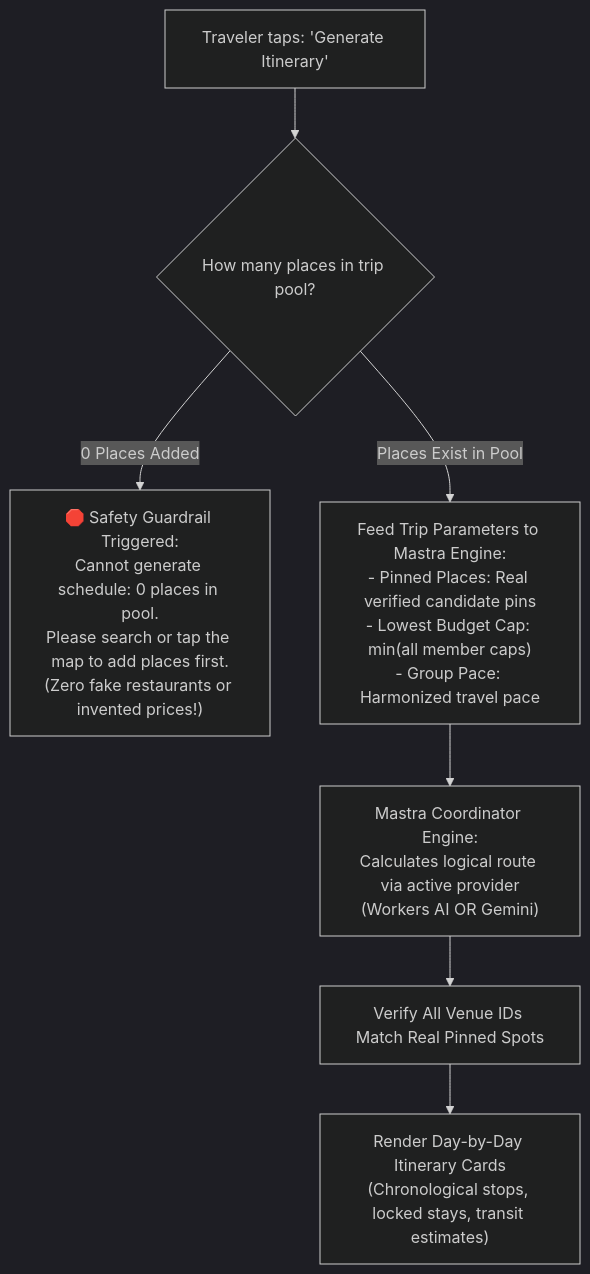
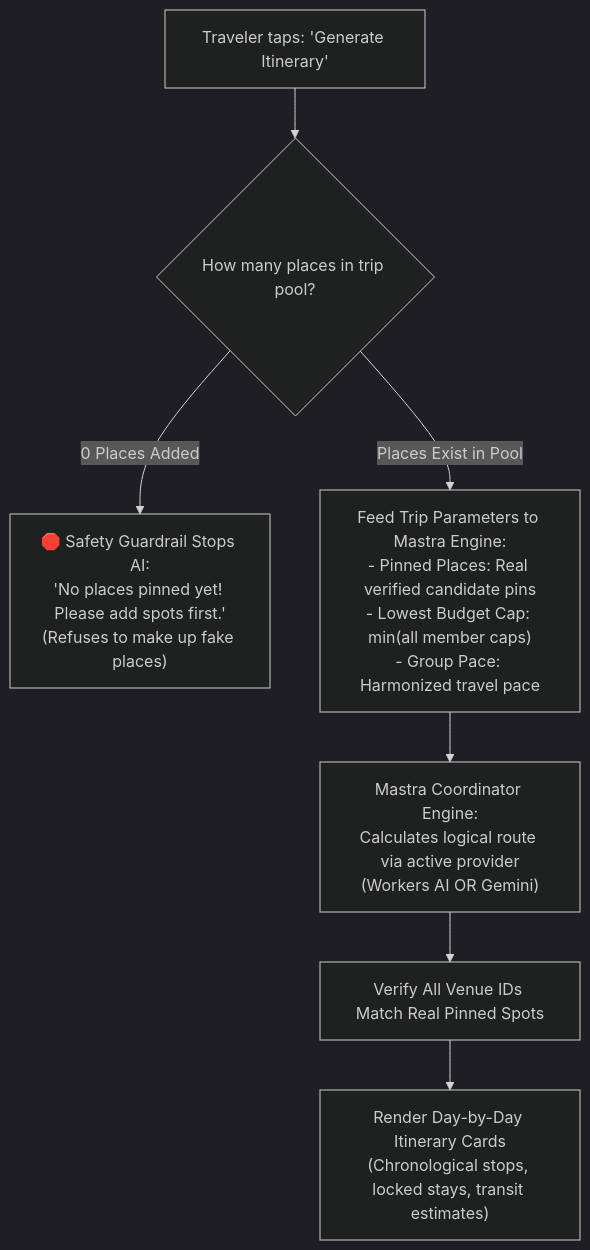
Diagram 11 of 21 in README.md (nlzce/We-are-the-champions_Plan-B), drawn with Mermaid (dark theme) before and after one commit. The commit also changed other lines of this file, not shown here.

````diff
--- a/README.md
+++ b/README.md
@@ -391,12 +391,12 @@
 ```mermaid
 flowchart TD
   ClickGen["Traveler taps: 'Generate Itinerary'"] --> CheckCount{"How many places in trip pool?"}
 
-  CheckCount -->|0 Places Added| HaltEngine["🛑 Safety Guardrail Triggered:<br/>Cannot generate schedule: 0 places in pool.<br/>Please search or tap the map to add places first.<br/>(Zero fake restaurants or invented prices!)"]
+  CheckCount -->|0 Places Added| HaltEngine["🛑 Safety Guardrail Stops AI:<br/>'No places pinned yet! Please add spots first.'<br/>(Refuses to make up fake places)"]
 
   CheckCount -->|"Places Exist in Pool"| PrepareData["Feed Trip Parameters to Mastra Engine:<br/>- Pinned Places: Real verified candidate pins<br/>- Lowest Budget Cap: min(all member caps)<br/>- Group Pace: Harmonized travel pace"]
 
   PrepareData --> MastraRun["Mastra Coordinator Engine:<br/>Calculates logical route via active provider<br/>(Workers AI OR Gemini)"]
   MastraRun --> VerifyOutput["Verify All Venue IDs Match Real Pinned Spots"]
   VerifyOutput --> RenderSchedule["Render Day-by-Day Itinerary Cards<br/>(Chronological stops, locked stays, transit estimates)"]
 ```
````
